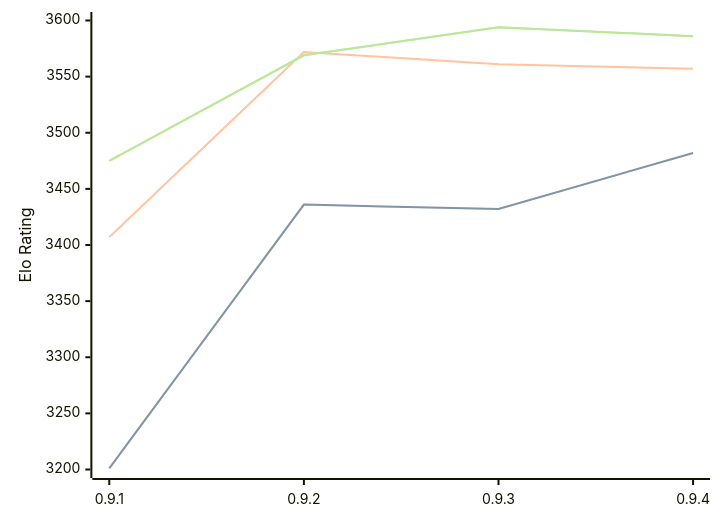
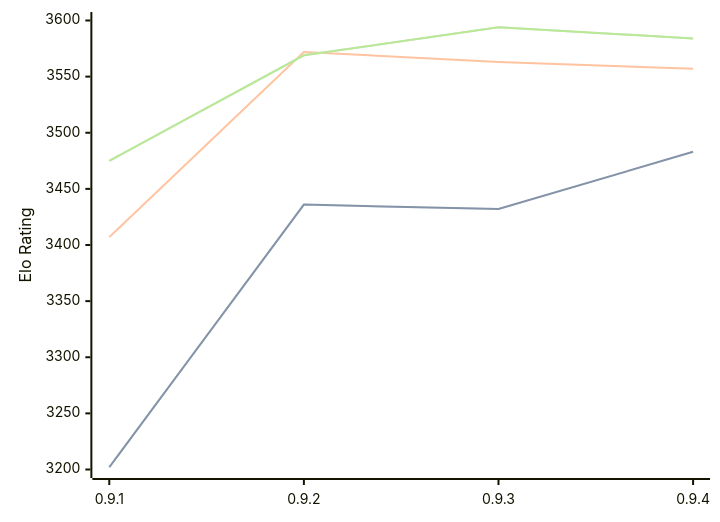
The diagram in engines/Coda.md (computer-chess-index/cci), drawn with Mermaid before and after one commit. The commit also changed other lines of this file, not shown here.

Commit message:
Update CCI Ratings (ELO VLTC) - 2026-09-07

````diff
--- a/engines/Coda.md
+++ b/engines/Coda.md
@@ -34,11 +34,11 @@
 ```mermaid
 %%{init: {"theme":"base","themeVariables":{"seriesColors:['#a3a3a3','#222221','#faa371']}}}%%
 xychart-beta
   x-axis ["0.9.1", "0.9.2", "0.9.3", "0.9.4"]
   y-axis "Elo Rating" 3200 --> 3600
-  line "" [3201, 3436, 3432, 3482]
-  line "STC (8.0+0.08s)" [3201, 3436, 3432, 3482]
-  line "LTC (60.0+0.60s)" [3407, 3572, 3561, 3557]
-  line "" [3475, 3569, 3594, 3586]
-  line "VLTC (2m24s+1.12s)" [3475, 3569, 3594, 3586]
+  line "" [3202, 3436, 3432, 3483]
+  line "STC (8.0+0.08s)" [3202, 3436, 3432, 3483]
+  line "LTC (60.0+0.60s)" [3407, 3572, 3563, 3557]
+  line "" [3475, 3569, 3594, 3584]
+  line "VLTC (2m24s+1.12s)" [3475, 3569, 3594, 3584]
 ```
````
